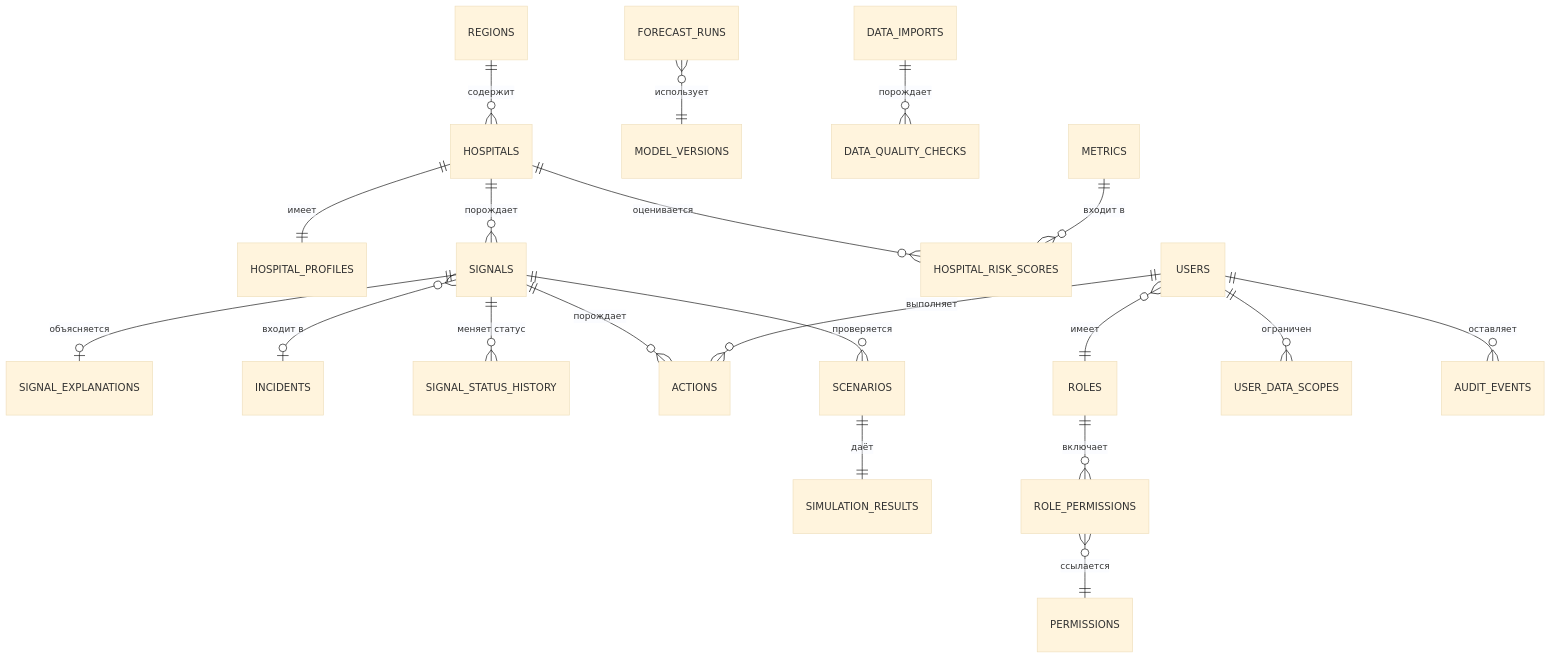
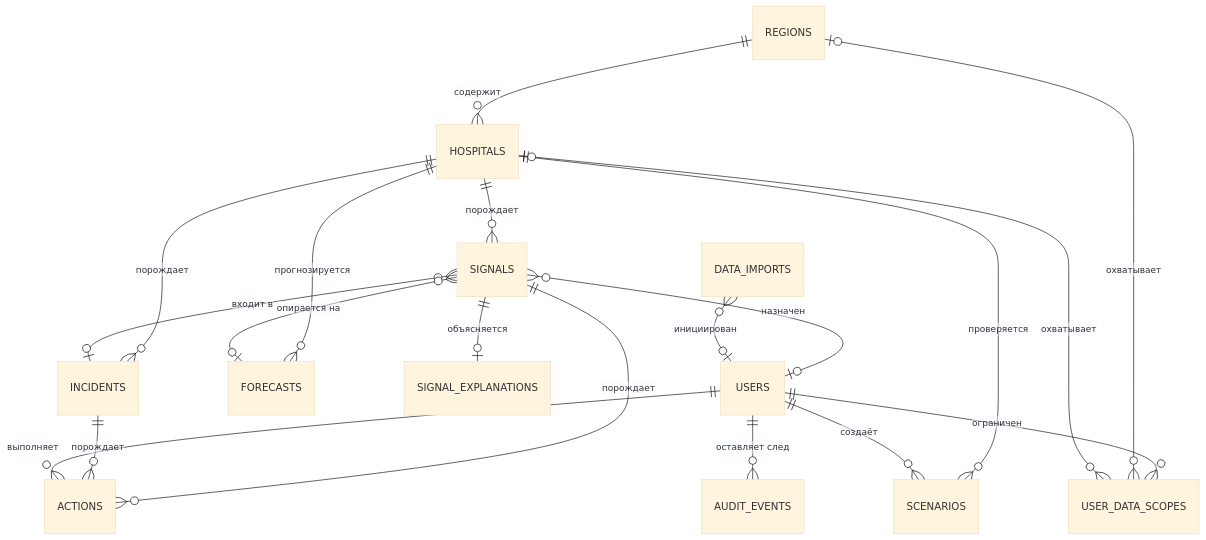
Before and after one commit to BAITC-Hacks/hack-54e4bd29-claudex: the diagram in docs/DATABASE.md, drawn with Mermaid (base theme). The commit also changed other lines of this file and 93 other files, not shown here.

````diff
--- a/docs/DATABASE.md
+++ b/docs/DATABASE.md
@@ -19,22 +21,25 @@
 ```mermaid
 erDiagram
     REGIONS ||--o{ HOSPITALS : "содержит"
-    HOSPITALS ||--|| HOSPITAL_PROFILES : "имеет"
     HOSPITALS ||--o{ SIGNALS : "порождает"
-    HOSPITALS ||--o{ HOSPITAL_RISK_SCORES : "оценивается"
+    HOSPITALS ||--o{ INCIDENTS : "порождает"
+    HOSPITALS ||--o{ FORECASTS : "прогнозируется"
+    HOSPITALS ||--o{ SCENARIOS : "проверяется"
+
     SIGNALS ||--o| SIGNAL_EXPLANATIONS : "объясняется"
     SIGNALS }o--o| INCIDENTS : "входит в"
-    SIGNALS ||--o{ SIGNAL_STATUS_HISTORY : "меняет статус"
+    SIGNALS }o--o| FORECASTS : "опирается на"
     SIGNALS ||--o{ ACTIONS : "порождает"
-    SIGNALS ||--o{ SCENARIOS : "проверяется"
-    SCENARIOS ||--|| SIMULATION_RESULTS : "даёт"
-    FORECAST_RUNS }o--|| MODEL_VERSIONS : "использует"
-    USERS }o--|| ROLES : "имеет"
-    ROLES ||--o{ ROLE_PERMISSIONS : "включает"
-    ROLE_PERMISSIONS }o--|| PERMISSIONS : "ссылается"
+    SIGNALS }o--o| USERS : "назначен"
+
+    INCIDENTS ||--o{ ACTIONS : "порождает"
+
     USERS ||--o{ USER_DATA_SCOPES : "ограничен"
     USERS ||--o{ ACTIONS : "выполняет"
-    USERS ||--o{ AUDIT_EVENTS : "оставляет"
-    DATA_IMPORTS ||--o{ DATA_QUALITY_CHECKS : "порождает"
-    METRICS ||--o{ HOSPITAL_RISK_SCORES : "входит в"
+    USERS ||--o{ AUDIT_EVENTS : "оставляет след"
+    USERS ||--o{ SCENARIOS : "создаёт"
+    USER_DATA_SCOPES }o--o| REGIONS : "охватывает"
+    USER_DATA_SCOPES }o--o| HOSPITALS : "охватывает"
+
+    DATA_IMPORTS }o--o| USERS : "инициирован"
 ```
````
